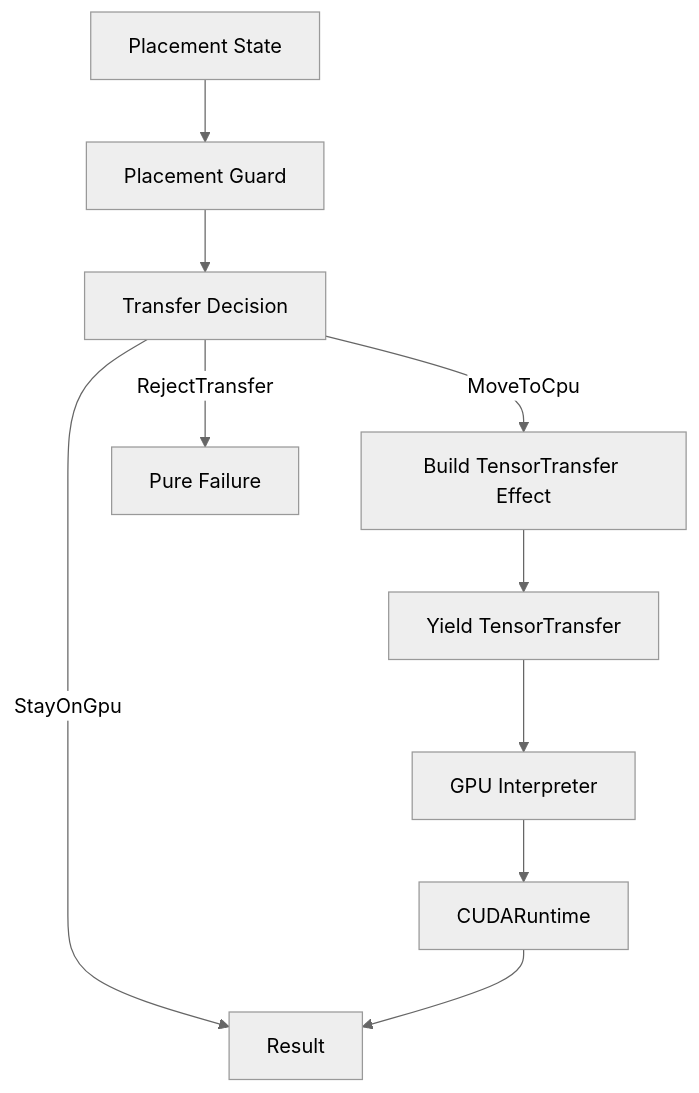
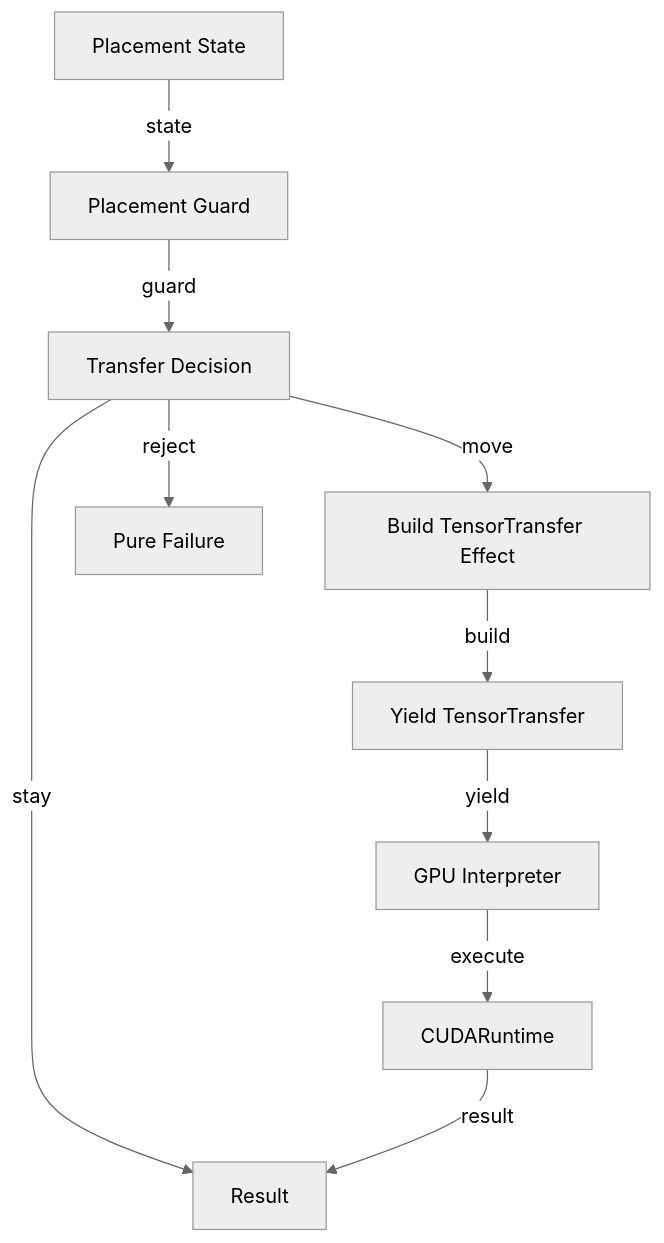
Before and after one commit to Tuee22/SpectralMC: the second of 2 diagrams in documents/engineering/effect_patterns.md, drawn with Mermaid (neutral theme). The commit also changed 29 other files, not shown here.

````diff
--- a/documents/engineering/effect_patterns.md
+++ b/documents/engineering/effect_patterns.md
@@ -77,22 +77,22 @@
 ```mermaid
 flowchart TB
   Placement[Placement State]
   Guard[Placement Guard]
   Decision[Transfer Decision]
   BuildEffect[Build TensorTransfer Effect]
   YieldEffect[Yield TensorTransfer]
   Reject[Pure Failure]
   Interpreter[GPU Interpreter]
   Runtime[CUDARuntime]
   Done[Result]
 
-  Placement --> Guard
-  Guard --> Decision
-  Decision -->|MoveToCpu| BuildEffect
-  Decision -->|StayOnGpu| Done
-  Decision -->|RejectTransfer| Reject
-  BuildEffect --> YieldEffect
-  YieldEffect --> Interpreter
-  Interpreter --> Runtime
-  Runtime --> Done
+  Placement -->|state| Guard
+  Guard -->|guard| Decision
+  Decision -->|move| BuildEffect
+  Decision -->|stay| Done
+  Decision -->|reject| Reject
+  BuildEffect -->|build| YieldEffect
+  YieldEffect -->|yield| Interpreter
+  Interpreter -->|execute| Runtime
+  Runtime -->|result| Done
 ```
````
